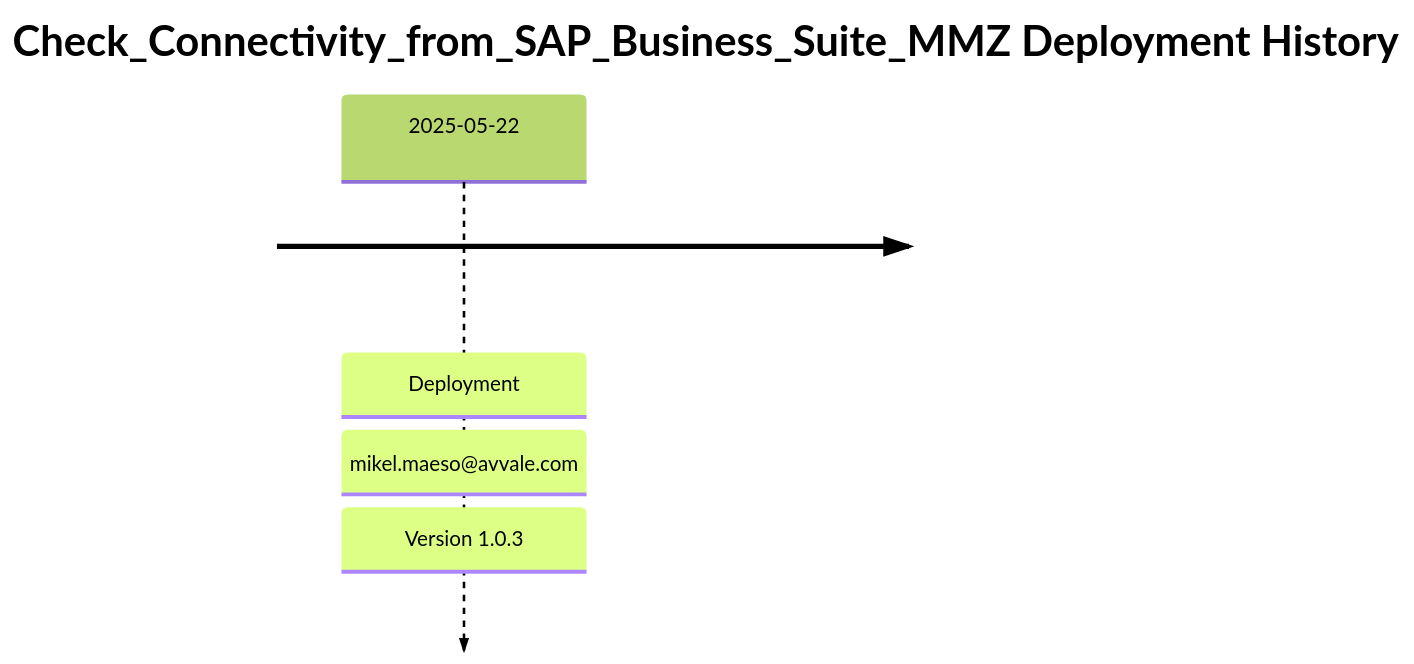
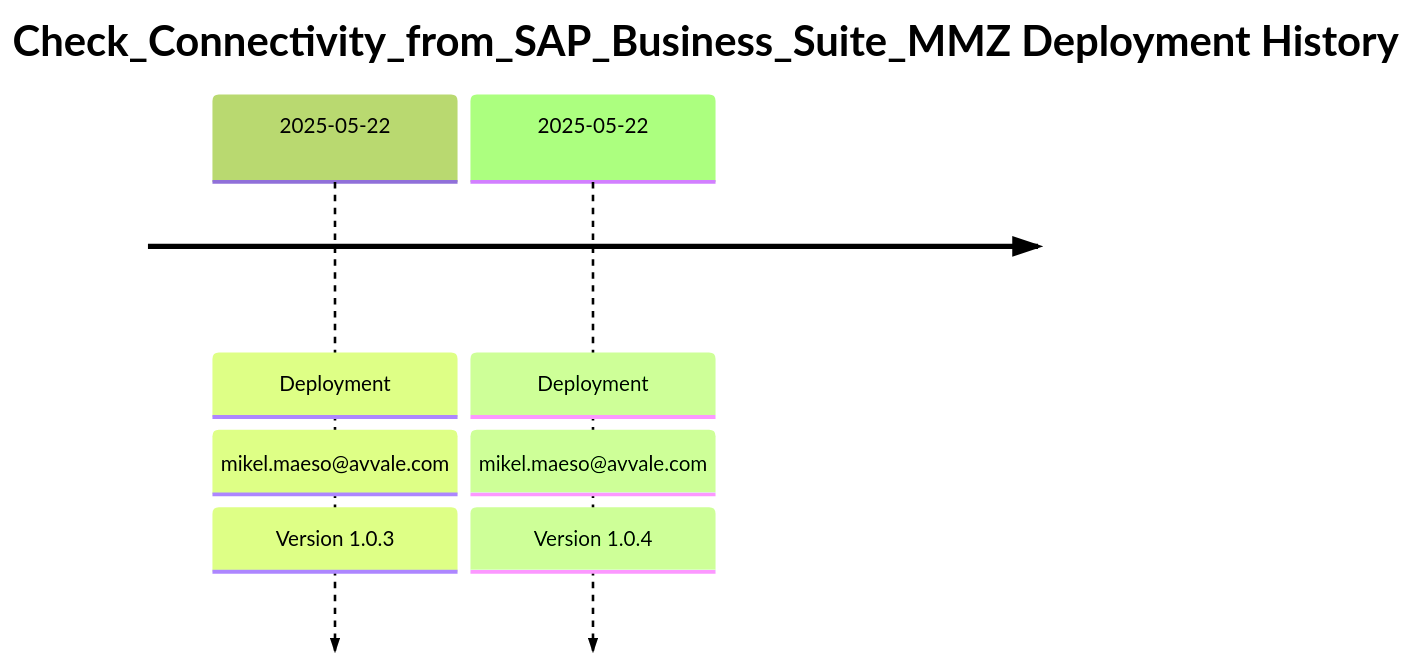
Before and after one commit to Avvale-IA-CICD/AvvaleCPI: the diagram in MMZ - Cell Iflows/Check_Connectivity_from_SAP_Business_Suite_MMZ/README.md, drawn with Mermaid. The commit also changed other lines of this file, not shown here.

Commit message:
docs: Update master README for MMZ - Cell Iflows/Check_Connectivity_from_SAP_Business_Suite_MMZ (version 1.0.4)

````diff
--- a/MMZ - Cell Iflows/Check_Connectivity_from_SAP_Business_Suite_MMZ/README.md
+++ b/MMZ - Cell Iflows/Check_Connectivity_from_SAP_Business_Suite_MMZ/README.md
@@ -7,6 +9,7 @@
 ```mermaid
 %%{init: { 'logLevel': 'debug', 'theme': 'forest' } }%%
 timeline
     title Check_Connectivity_from_SAP_Business_Suite_MMZ Deployment History
     2025-05-22 : Deployment : mikel.maeso@avvale.com : Version 1.0.3
+    2025-05-22 : Deployment : mikel.maeso@avvale.com : Version 1.0.4
 ```
````
